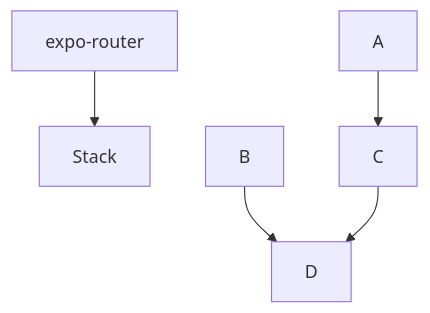
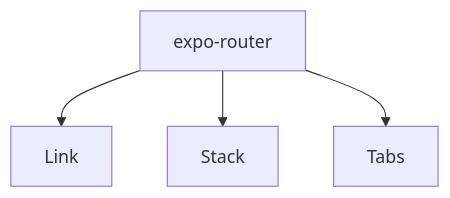
The diagram in docs/Expo.mds/imports.a.md (softtiny/integrate-), drawn with Mermaid before and after one commit. The commit also changed other lines of this file and 40 other files, not shown here.

````diff
--- a/docs/Expo.mds/imports.a.md
+++ b/docs/Expo.mds/imports.a.md
@@ -5,7 +6,6 @@
 ```mermaid
 graph TD;
+    expo-router -->Link;
     expo-router -->Stack;
-    A-->C;
-    B-->D;
-    C-->D;
+    expo-router -->Tabs;
 ```
````
